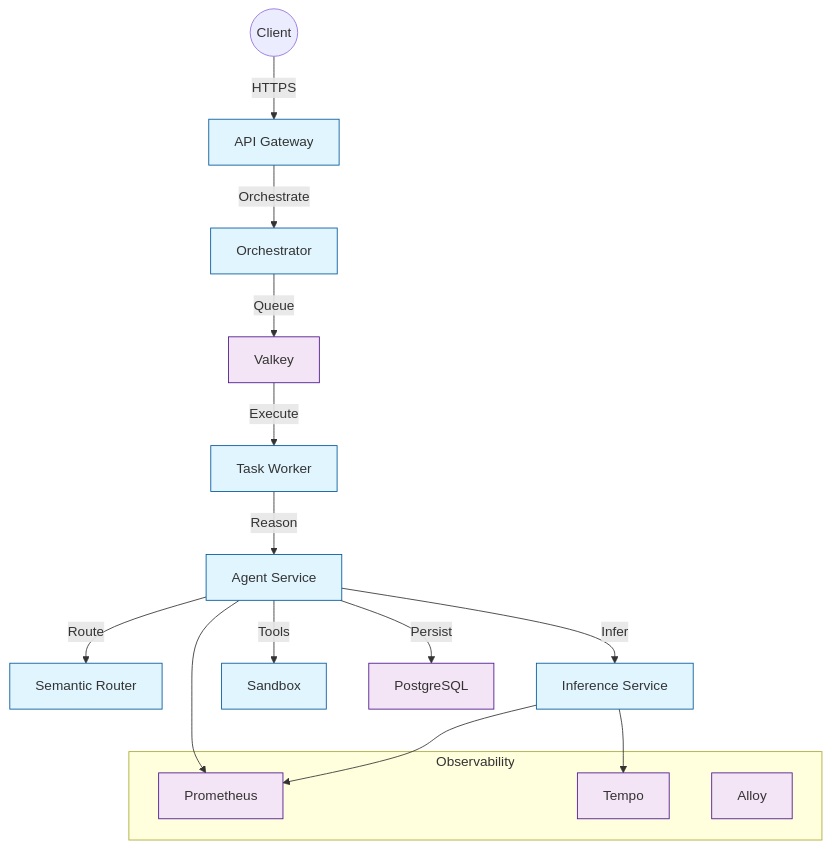
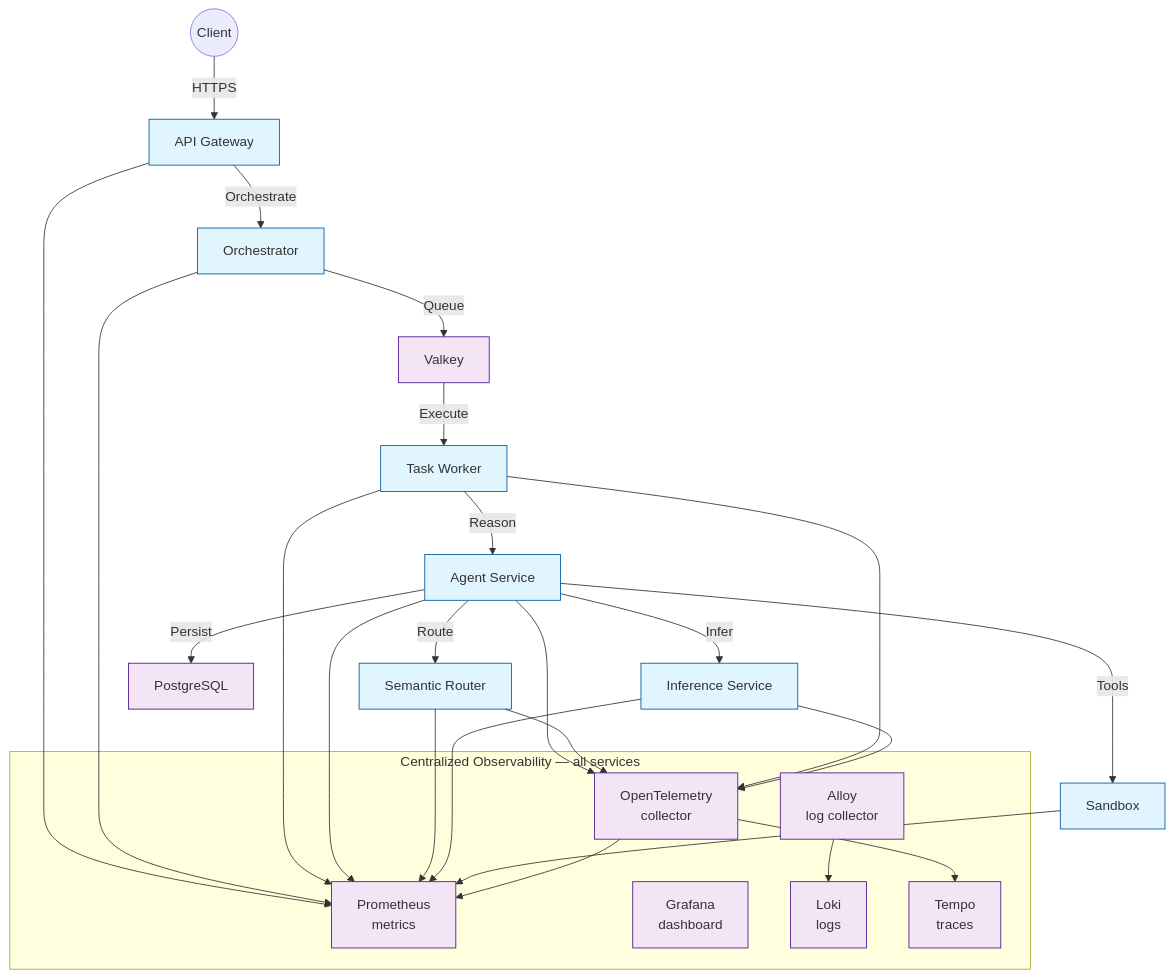
The diagram in website/content/docs/operations/index.mdx (Sanchar127/Agenyx), drawn with Mermaid before and after one commit. The commit also changed other lines of this file and 2 other files, not shown here.

Commit message:
docs(deploy): update Kubernetes deployment documentation

````diff
--- a/website/content/docs/operations/index.mdx
+++ b/website/content/docs/operations/index.mdx
@@ -17,30 +17,46 @@
 ```mermaid
 graph TB
     Client((Client)) -->|HTTPS| GW[API Gateway]
     GW -->|Orchestrate| ORC[Orchestrator]
     ORC -->|Queue| VK[Valkey]
     VK -->|Execute| WK[Task Worker]
     WK -->|Reason| AG[Agent Service]
     AG -->|Route| RT[Semantic Router]
     AG -->|Infer| INF[Inference Service]
     AG -->|Tools| SB[Sandbox]
     AG -->|Persist| PG[PostgreSQL]
 
-    subgraph Monitoring [Observability]
-        PROM[Prometheus]
-        TEMPO[Tempo]
-        ALLOY[Alloy]
+    subgraph Monitoring [Centralized Observability — all services]
+        PROM[Prometheus<br/>metrics]
+        GRAFANA[Grafana<br/>dashboard]
+        LOKI[Loki<br/>logs]
+        TEMPO[Tempo<br/>traces]
+        OTEL[OpenTelemetry<br/>collector]
+        ALLOY[Alloy<br/>log collector]
     end
 
+    GW --> PROM
+    ORC --> PROM
+    WK --> PROM
+    AG --> PROM
+    RT --> PROM
     INF --> PROM
-    INF --> TEMPO
-    AG --> PROM
+    SB --> PROM
+
+    AG --> OTEL
+    RT --> OTEL
+    WK --> OTEL
+    INF --> OTEL
+    OTEL --> PROM
+    OTEL --> TEMPO
+
+    ALLOY --> LOKI
 
     classDef svc fill:#e1f5fe,stroke:#01579b;
     classDef store fill:#f3e5f5,stroke:#4a148c;
     classDef obs fill:#f3e5f5,stroke:#4a148c;
 
     class GW,ORC,WK,AG,RT,INF,SB svc;
     class VK,PG store;
-    class PROM,TEMPO,ALLOY obs;
+    class PROM,GRAFANA,LOKI,TEMPO,OTEL,ALLOY obs;
 ```
````
